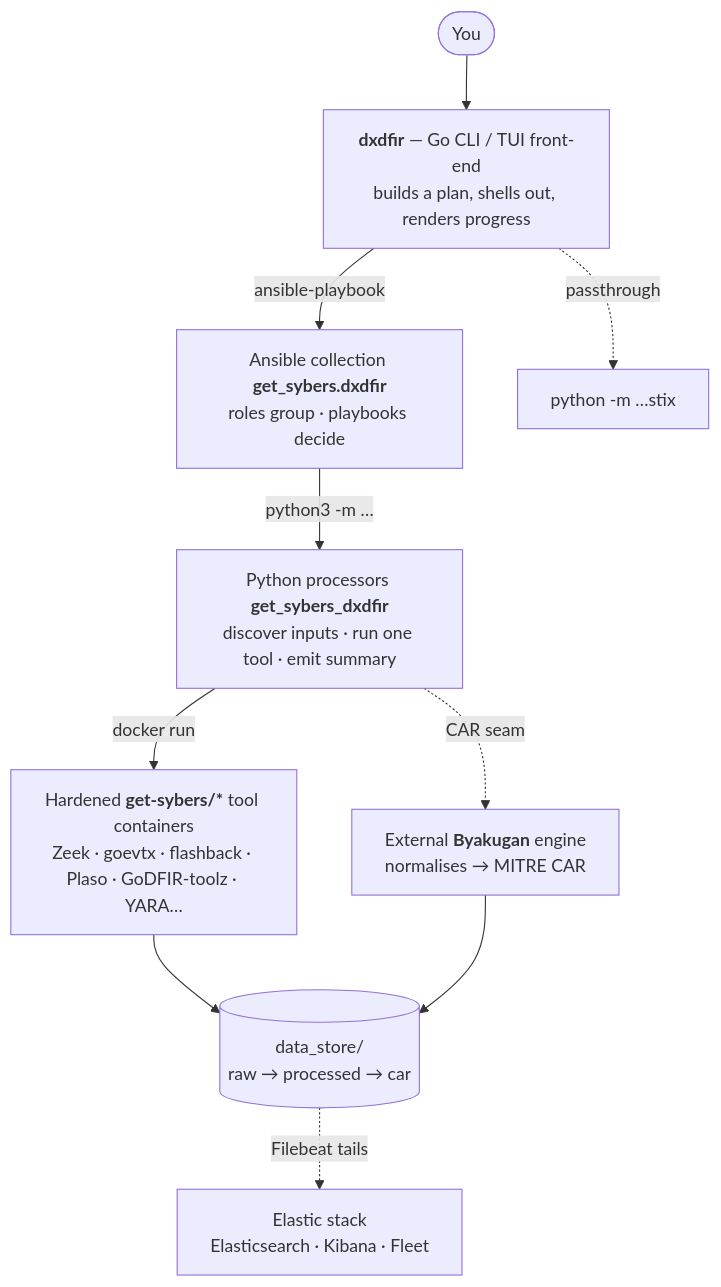
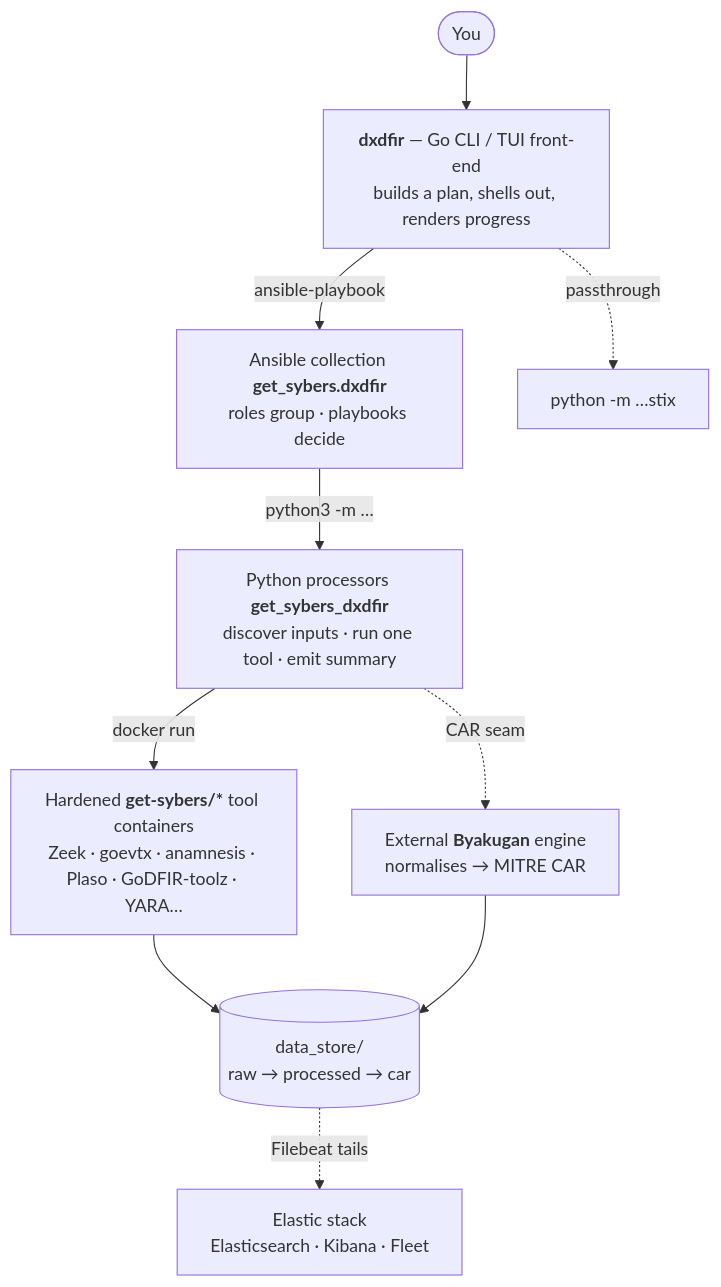
One commit to Get-Sybers/DX_DFIR changed the diagram in docs/architecture/README.md. Above: the diagram before and after it, drawn with Mermaid. The commit also changed 26 other files, not shown here.

First line of the commit message:
Rename flashback → Anamnesis (memory lane tool/image refs)

````diff
--- a/docs/architecture/README.md
+++ b/docs/architecture/README.md
@@ -10,12 +10,12 @@
 ```mermaid
 flowchart TD
     U([You]) --> CLI["<b>dxdfir</b> — Go CLI / TUI front-end<br/>builds a plan, shells out, renders progress"]
     CLI -->|ansible-playbook| ANS["Ansible collection <b>get_sybers.dxdfir</b><br/>roles group · playbooks decide"]
     CLI -.->|passthrough| STIX["python -m …stix"]
     ANS -->|python3 -m …| PY["Python processors <b>get_sybers_dxdfir</b><br/>discover inputs · run one tool · emit summary"]
-    PY -->|docker run| DK["Hardened <b>get-sybers/*</b> tool containers<br/>Zeek · goevtx · flashback · Plaso · GoDFIR-toolz · YARA…"]
+    PY -->|docker run| DK["Hardened <b>get-sybers/*</b> tool containers<br/>Zeek · goevtx · anamnesis · Plaso · GoDFIR-toolz · YARA…"]
     PY -.->|CAR seam| BYA["External <b>Byakugan</b> engine<br/>normalises → MITRE CAR"]
     DK --> FS[("data_store/<br/>raw → processed → car")]
     BYA --> FS
     FS -.->|Filebeat tails| ES["Elastic stack<br/>Elasticsearch · Kibana · Fleet"]
 ```
````
